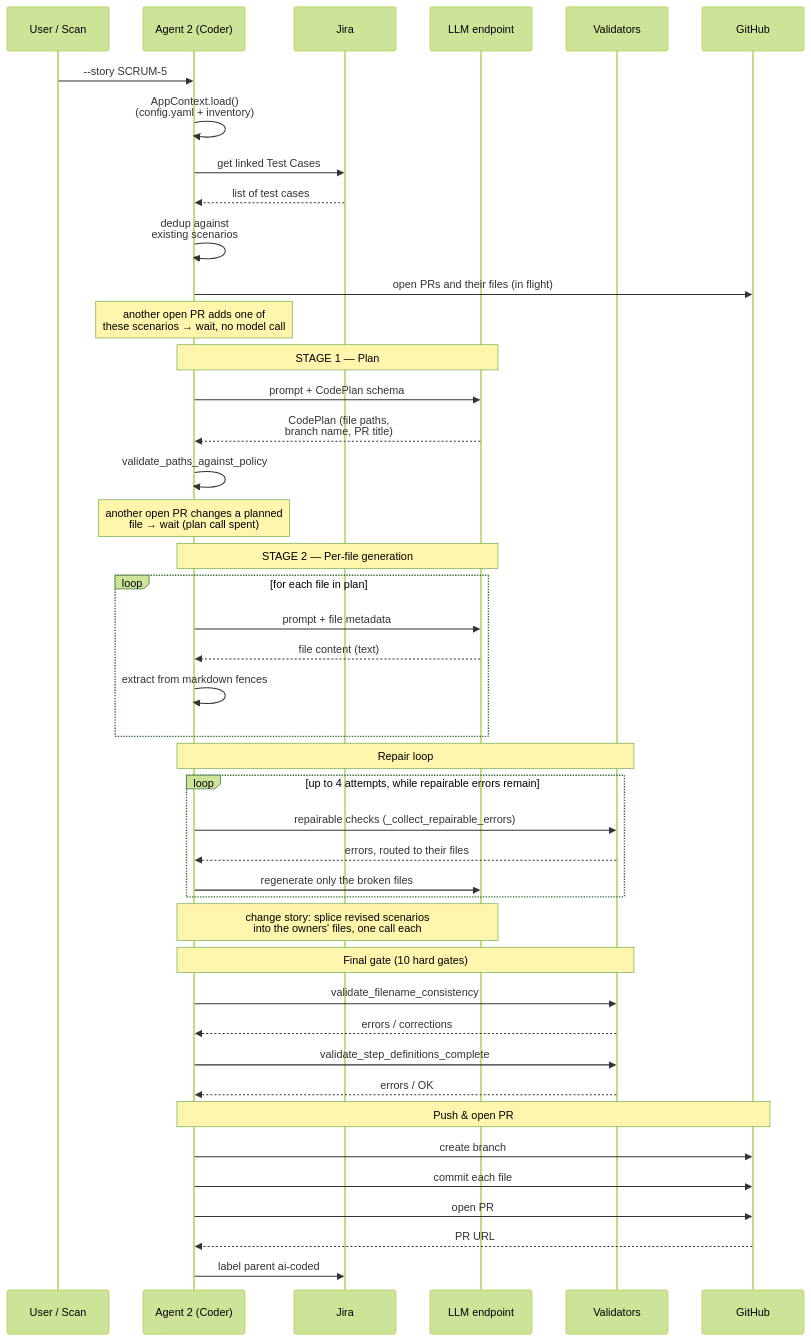
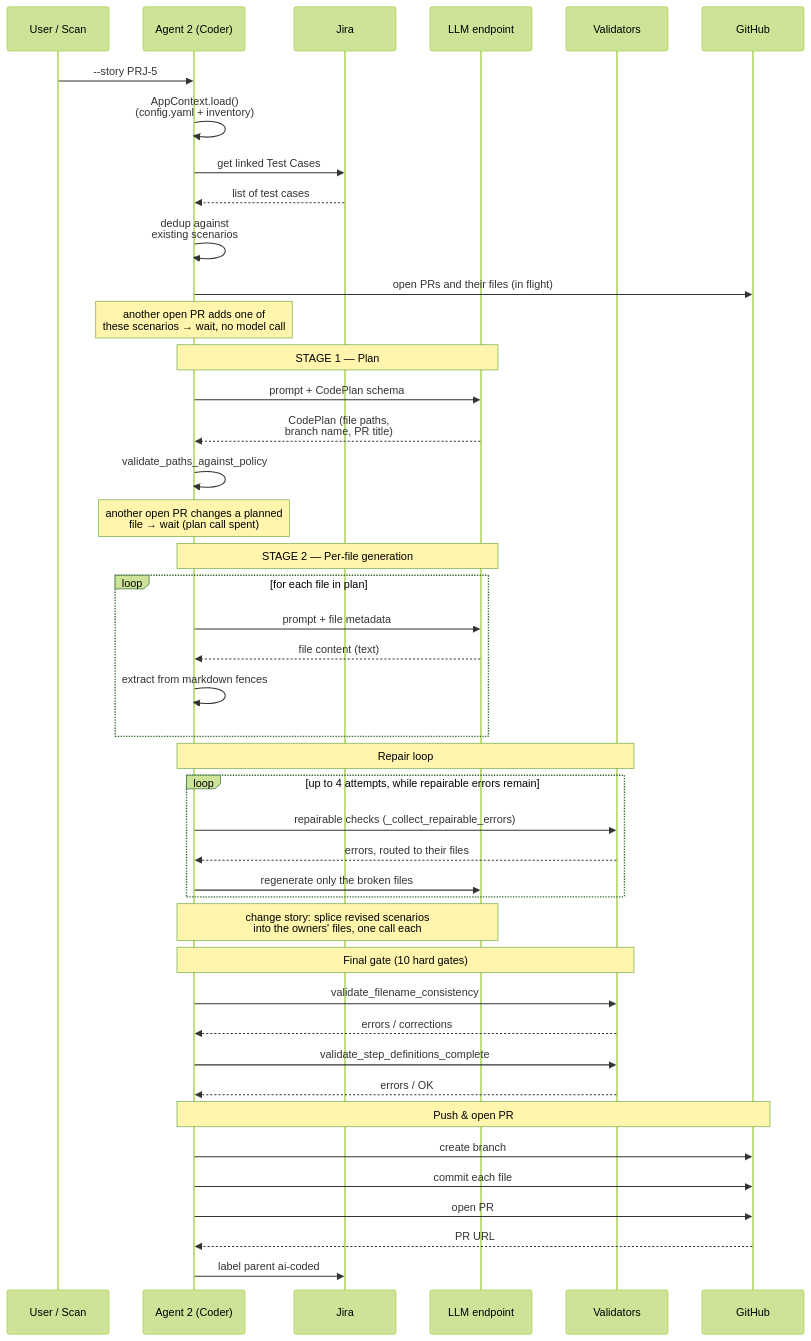
The fourth of 5 diagrams in docs/GUIDE.md (rajiniottesting-coder/multi-agent-test-automation), drawn with Mermaid (forest theme) before and after one commit. The commit also changed other lines of this file and 69 other files, not shown here.

````diff
--- a/docs/GUIDE.md
+++ b/docs/GUIDE.md
@@ -2686,51 +2686,51 @@
 ```mermaid
 sequenceDiagram
     participant U as User / Scan
     participant A2 as Agent 2 (Coder)
     participant J as Jira
     participant L as LLM endpoint
     participant V as Validators
     participant G as GitHub
 
-    U->>A2: --story SCRUM-5
+    U->>A2: --story PRJ-5
     A2->>A2: AppContext.load()<br/>(config.yaml + inventory)
     A2->>J: get linked Test Cases
     J-->>A2: list of test cases
     A2->>A2: dedup against<br/>existing scenarios
     A2->>G: open PRs and their files (in flight)
     Note over A2: another open PR adds one of<br/>these scenarios → wait, no model call
 
     Note over A2,L: STAGE 1 — Plan
     A2->>L: prompt + CodePlan schema
     L-->>A2: CodePlan (file paths,<br/>branch name, PR title)
     A2->>A2: validate_paths_against_policy
     Note over A2: another open PR changes a planned<br/>file → wait (plan call spent)
 
     Note over A2,L: STAGE 2 — Per-file generation
     loop for each file in plan
         A2->>L: prompt + file metadata
         L-->>A2: file content (text)
         A2->>A2: extract from markdown fences
     end
 
     Note over A2,V: Repair loop
     loop up to 4 attempts, while repairable errors remain
         A2->>V: repairable checks (_collect_repairable_errors)
         V-->>A2: errors, routed to their files
         A2->>L: regenerate only the broken files
     end
     Note over A2,L: change story: splice revised scenarios<br/>into the owners' files, one call each
 
     Note over A2,V: Final gate (10 hard gates)
     A2->>V: validate_filename_consistency
     V-->>A2: errors / corrections
     A2->>V: validate_step_definitions_complete
     V-->>A2: errors / OK
 
     Note over A2,G: Push & open PR
     A2->>G: create branch
     A2->>G: commit each file
     A2->>G: open PR
     G-->>A2: PR URL
     A2->>J: label parent ai-coded
 ```
````
